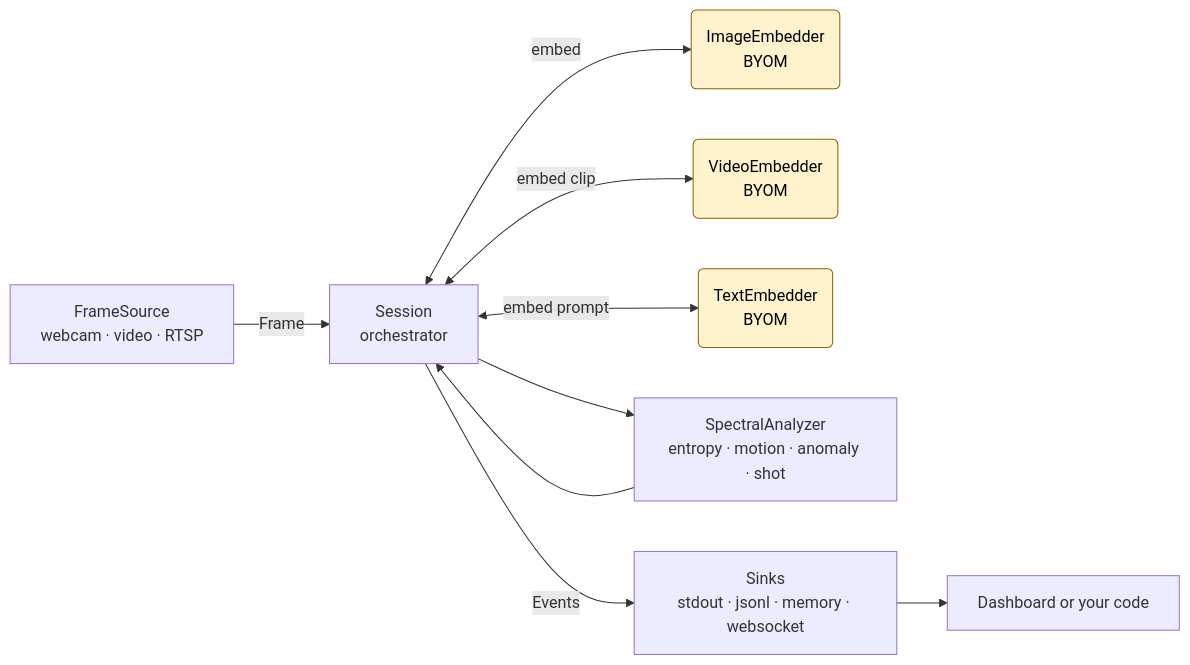
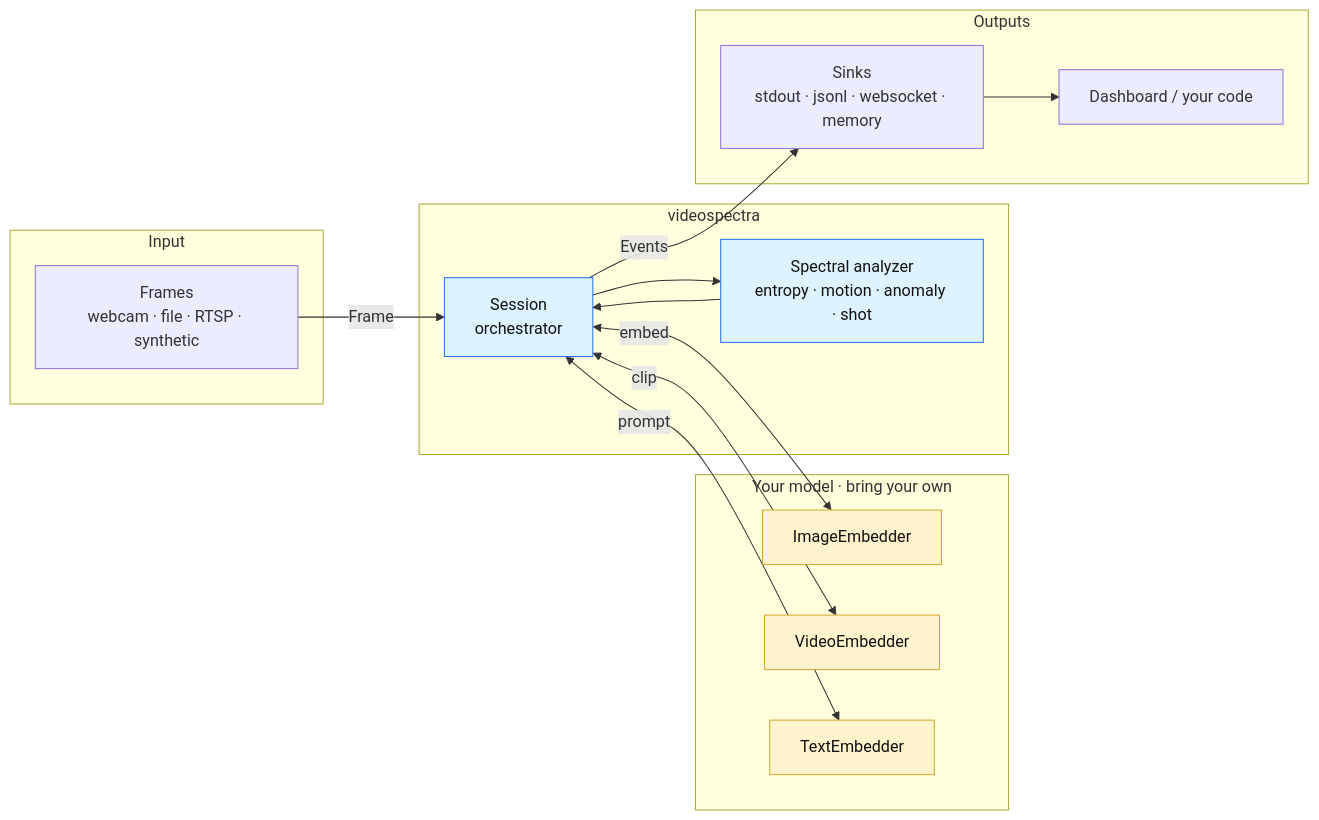
Before and after one commit to hdubey-debug/videospectra: the diagram in README.md, drawn with Mermaid. The commit also changed other lines of this file and 2 other files, not shown here.

````diff
--- a/README.md
+++ b/README.md
@@ -13,18 +63,30 @@
 ```mermaid
 flowchart LR
-    src[FrameSource<br/>webcam · video · RTSP] -->|Frame| sess
+    subgraph IN["Input"]
+        src["Frames<br/>webcam · file · RTSP · synthetic"]
+    end
+    subgraph BYOM["Your model · bring your own"]
+        img["ImageEmbedder"]
+        vid["VideoEmbedder"]
+        txt["TextEmbedder"]
+    end
+    subgraph CORE["videospectra"]
+        sess["Session<br/>orchestrator"]
+        spec["Spectral analyzer<br/>entropy · motion · anomaly · shot"]
+    end
+    subgraph OUT["Outputs"]
+        sinks["Sinks<br/>stdout · jsonl · websocket · memory"]
+        ui["Dashboard / your code"]
+    end
+    src -->|Frame| sess
+    sess <-->|embed| img
+    sess <-->|clip| vid
+    sess <-->|prompt| txt
+    sess --> spec --> sess
+    sess -->|Events| sinks --> ui
 
-    sess[Session<br/>orchestrator]
-    sess <-->|embed| img(ImageEmbedder<br/>BYOM)
-    sess <-->|embed clip| vid(VideoEmbedder<br/>BYOM)
-    sess <-->|embed prompt| txt(TextEmbedder<br/>BYOM)
-
-    sess --> spec[SpectralAnalyzer<br/>entropy · motion · anomaly · shot]
-    spec --> sess
-
-    sess -->|Events| sinks[Sinks<br/>stdout · jsonl · memory · websocket]
-    sinks --> ui[Dashboard or your code]
-
-    classDef byom fill:#fff3cd,stroke:#856404,color:#000
+    classDef byom fill:#fff3cd,stroke:#d4a72c,color:#111;
+    classDef core fill:#ddf4ff,stroke:#1f6feb,color:#111;
     class img,vid,txt byom
+    class sess,spec core
 ```
````
